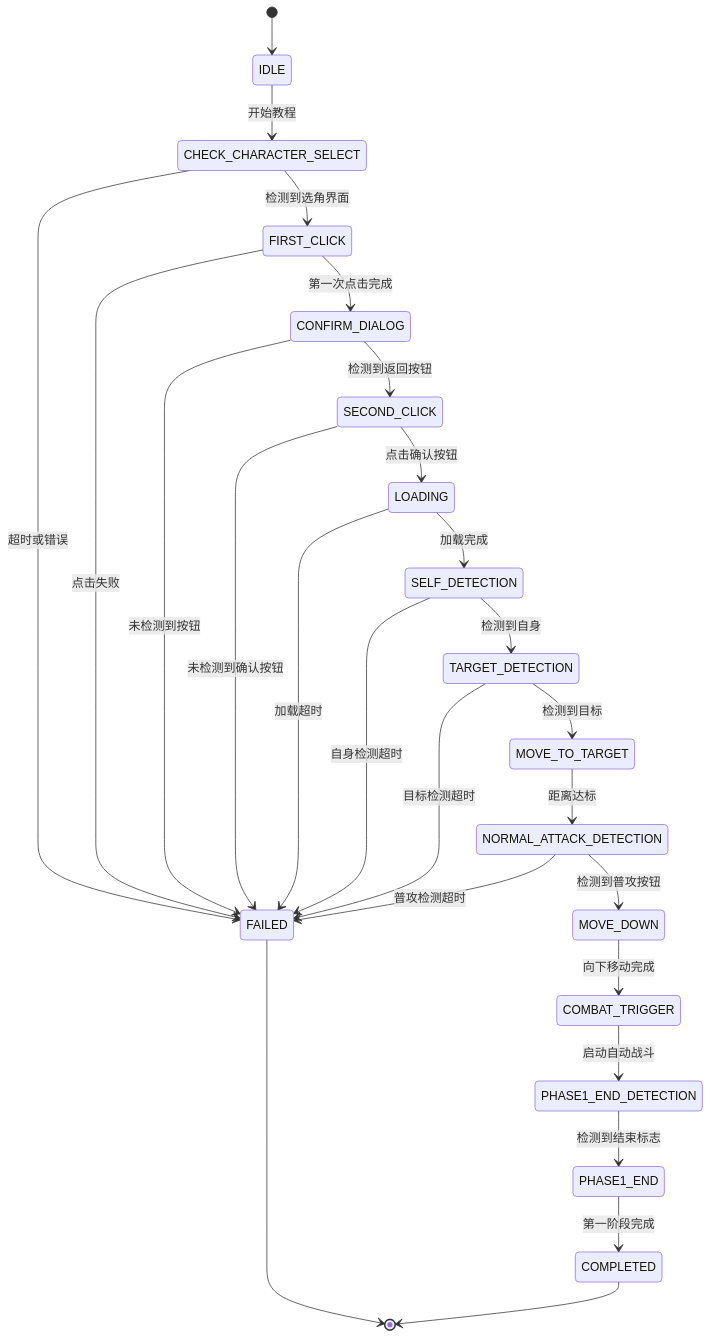
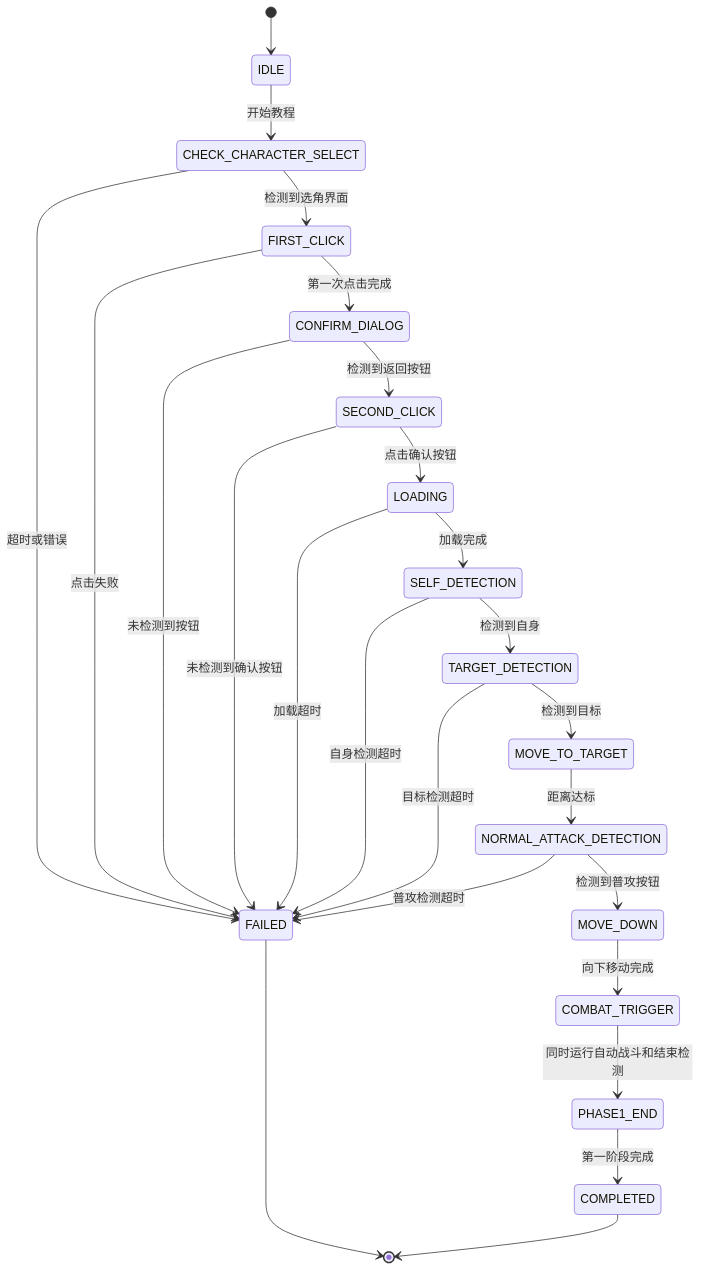
The second of 14 diagrams in .qoder/repowiki/zh/content/核心系统架构/教程检测系统.md (xsy098-max/ok-jump), drawn with Mermaid before and after one commit. The commit also changed other lines of this file and 22 other files, not shown here.

````diff
--- a/.qoder/repowiki/zh/content/核心系统架构/教程检测系统.md
+++ b/.qoder/repowiki/zh/content/核心系统架构/教程检测系统.md
@@ -117,28 +115,27 @@
 ```mermaid
 stateDiagram-v2
 [*] --> IDLE
 IDLE --> CHECK_CHARACTER_SELECT : 开始教程
 CHECK_CHARACTER_SELECT --> FIRST_CLICK : 检测到选角界面
 CHECK_CHARACTER_SELECT --> FAILED : 超时或错误
 FIRST_CLICK --> CONFIRM_DIALOG : 第一次点击完成
 FIRST_CLICK --> FAILED : 点击失败
 CONFIRM_DIALOG --> SECOND_CLICK : 检测到返回按钮
 CONFIRM_DIALOG --> FAILED : 未检测到按钮
 SECOND_CLICK --> LOADING : 点击确认按钮
 SECOND_CLICK --> FAILED : 未检测到确认按钮
 LOADING --> SELF_DETECTION : 加载完成
 LOADING --> FAILED : 加载超时
 SELF_DETECTION --> TARGET_DETECTION : 检测到自身
 SELF_DETECTION --> FAILED : 自身检测超时
 TARGET_DETECTION --> MOVE_TO_TARGET : 检测到目标
 TARGET_DETECTION --> FAILED : 目标检测超时
 MOVE_TO_TARGET --> NORMAL_ATTACK_DETECTION : 距离达标
 NORMAL_ATTACK_DETECTION --> MOVE_DOWN : 检测到普攻按钮
 NORMAL_ATTACK_DETECTION --> FAILED : 普攻检测超时
 MOVE_DOWN --> COMBAT_TRIGGER : 向下移动完成
-COMBAT_TRIGGER --> PHASE1_END_DETECTION : 启动自动战斗
-PHASE1_END_DETECTION --> PHASE1_END : 检测到结束标志
+COMBAT_TRIGGER --> PHASE1_END : 同时运行自动战斗和结束检测
 PHASE1_END --> COMPLETED : 第一阶段完成
 FAILED --> [*]
 COMPLETED --> [*]
 ```
````
